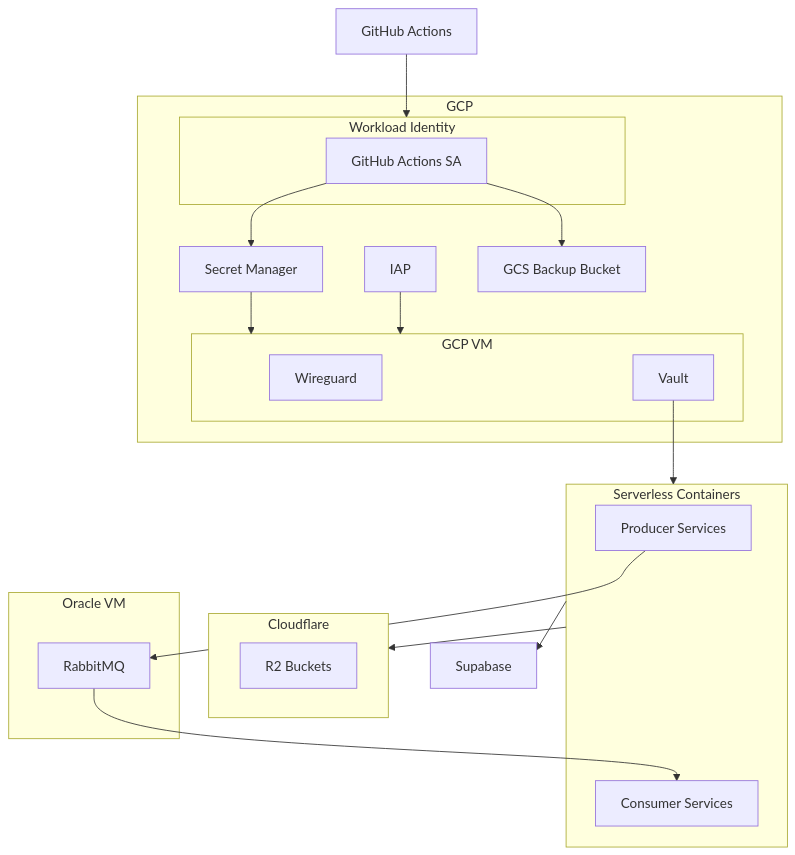
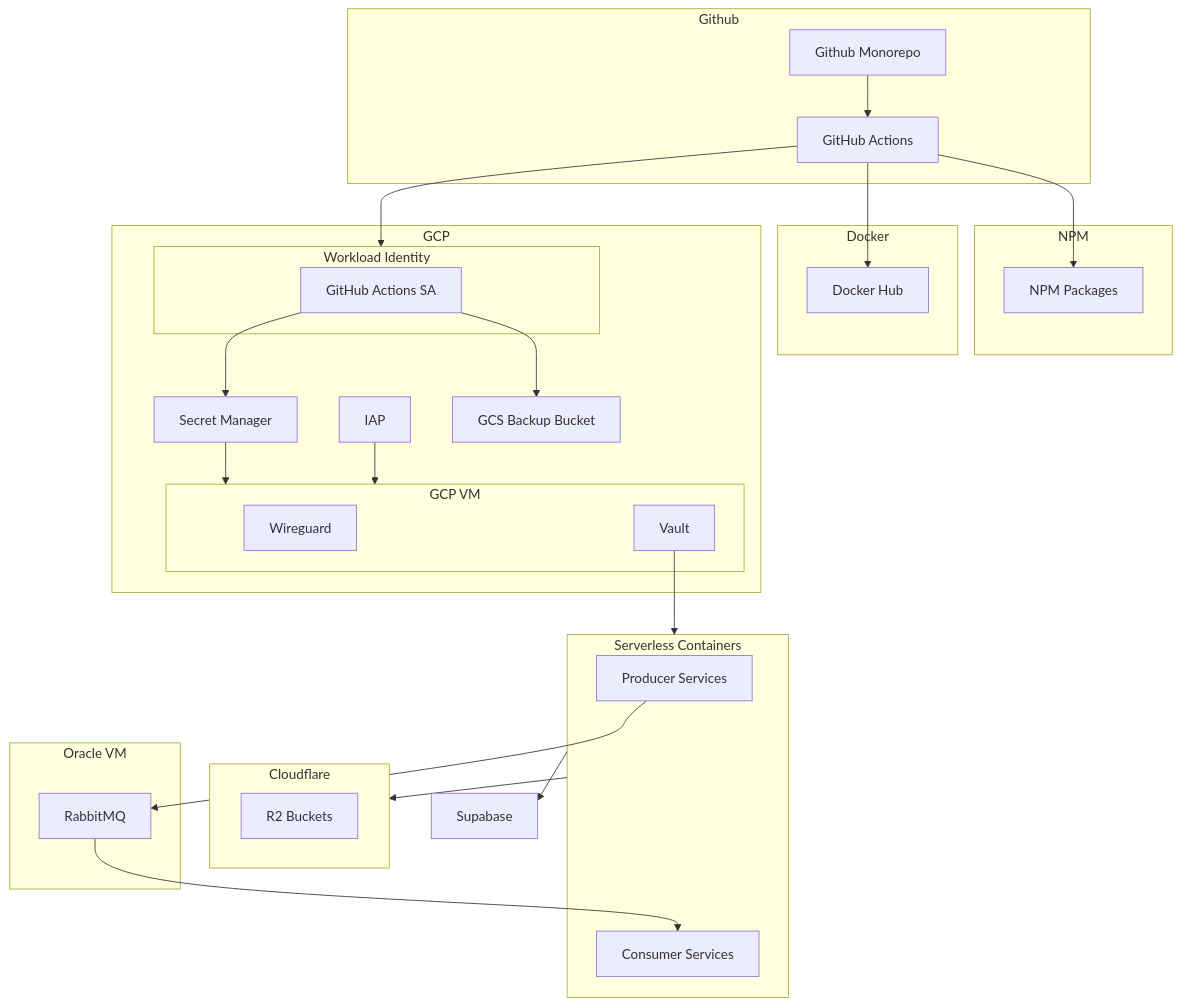
Before and after one commit to iamharryliu/vigilant-broccoli: the second of 5 diagrams in docs/infrastructure/infrastructure.md, drawn with Mermaid. The commit also changed other lines of this file, not shown here.

````diff
--- a/docs/infrastructure/infrastructure.md
+++ b/docs/infrastructure/infrastructure.md
@@ -46,47 +53,64 @@
 ```mermaid
 flowchart
 
 subgraph SERVERLESS_CONTAINERS[Serverless Containers]
   PRODUCER_SERVICES[Producer Services]
   CONSUMER_SERVICES[Consumer Services]
+end
+
+subgraph GITHUB[Github]
+  GITHUB_MONOREPO[Github Monorepo]
+  GITHUB_ACTIONS[GitHub Actions]
+  GITHUB_MONOREPO-->GITHUB_ACTIONS
+end
+
+subgraph NPM
+  NPM_PACKAGES[NPM Packages]
+end
+
+subgraph DOCKER[Docker]
+  DOCKER_HUB[Docker Hub]
 end
 
 subgraph GCP
 
   SECRET_MANAGER[Secret Manager]
   IAP[IAP]
   GCS_BACKUP[GCS Backup Bucket]
 
   subgraph GCP_VM[GCP VM]
     WIREGUARD[Wireguard]
     VAULT[Vault]
   end
 
   subgraph WORKLOAD_IDENTITY[Workload Identity]
     GITHUB_ACTIONS_SA[GitHub Actions SA]
   end
 
   SECRET_MANAGER-->GCP_VM
   IAP-->GCP_VM
   GITHUB_ACTIONS_SA-->GCS_BACKUP
   GITHUB_ACTIONS_SA-->SECRET_MANAGER
 
 end
 
 subgraph CLOUDFLARE[Cloudflare]
   R2[R2 Buckets]
 end
 
 subgraph ORACLE_VM[Oracle VM]
   RABBITMQ[RabbitMQ]
 end
 
 
 PRODUCER_SERVICES-->RABBITMQ-->CONSUMER_SERVICES
 VAULT-->SERVERLESS_CONTAINERS
 
 SERVERLESS_CONTAINERS-->SUPABASE
 SERVERLESS_CONTAINERS-->CLOUDFLARE
-GITHUB_ACTIONS[GitHub Actions]-->WORKLOAD_IDENTITY
+
+GITHUB_ACTIONS-->NPM_PACKAGES
+GITHUB_ACTIONS-->DOCKER_HUB
+GITHUB_ACTIONS-->WORKLOAD_IDENTITY
 SUPABASE[Supabase]
 ```
````
